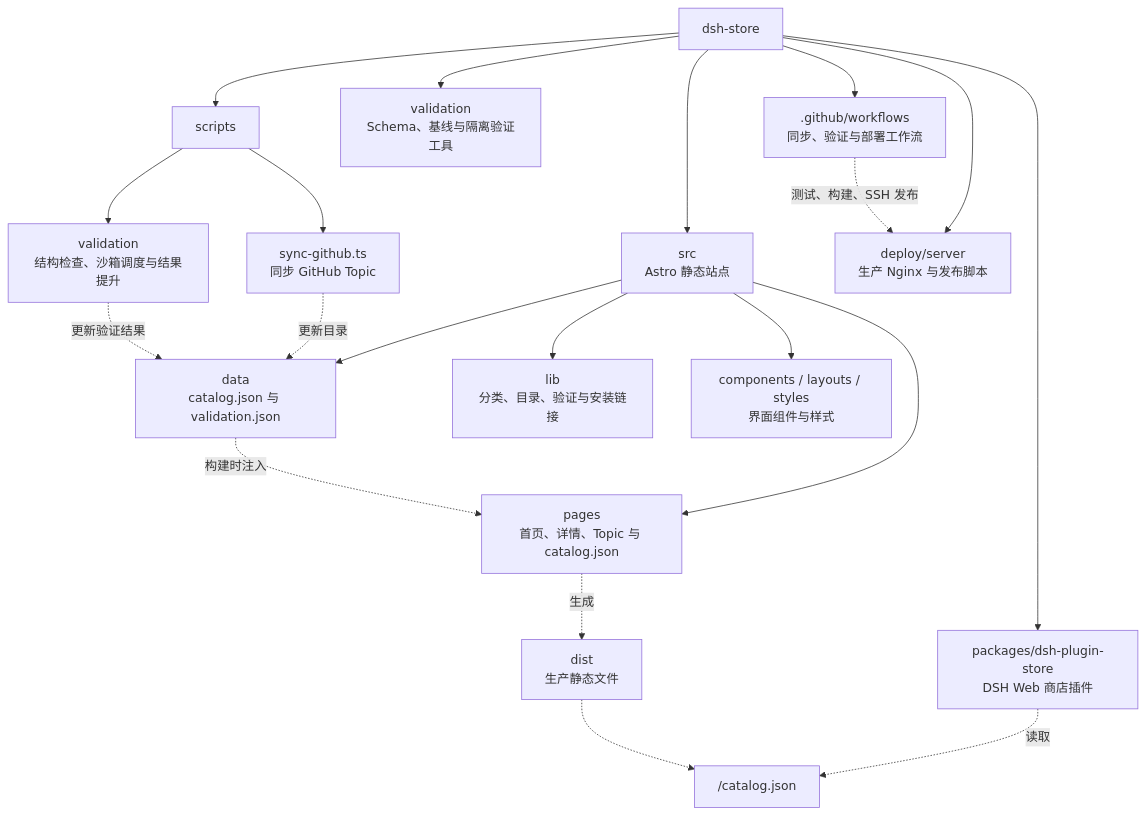
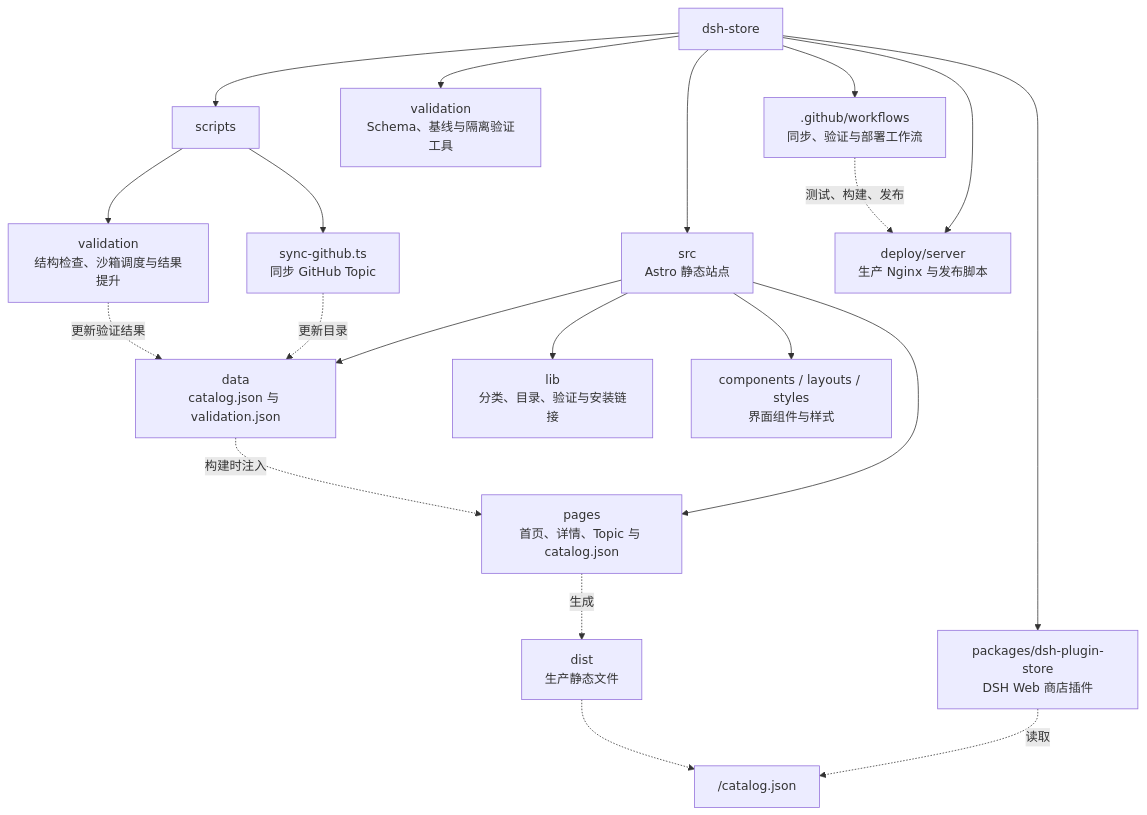
Before and after one commit to ZASENJC/dsh-plugins-store: the diagram in README.md, drawn with Mermaid.

Commit message:
docs: refine project structure diagram

````diff
--- a/README.md
+++ b/README.md
@@ -129,27 +129,27 @@
 ```mermaid
 flowchart TD
   ROOT["dsh-store"]
 
   ROOT --> SRC["src<br/>Astro 静态站点"]
   SRC --> PAGES["pages<br/>首页、详情、Topic 与 catalog.json"]
   SRC --> DATA["data<br/>catalog.json 与 validation.json"]
   SRC --> LIB["lib<br/>分类、目录、验证与安装链接"]
   SRC --> UI["components / layouts / styles<br/>界面组件与样式"]
 
   ROOT --> SCRIPTS["scripts"]
   SCRIPTS --> SYNC["sync-github.ts<br/>同步 GitHub Topic"]
   SCRIPTS --> VALIDATORS["validation<br/>结构检查、沙箱调度与结果提升"]
 
   ROOT --> SANDBOX["validation<br/>Schema、基线与隔离验证工具"]
   ROOT --> PLUGIN["packages/dsh-plugin-store<br/>DSH Web 商店插件"]
   ROOT --> DEPLOY["deploy/server<br/>生产 Nginx 与发布脚本"]
   ROOT --> ACTIONS[".github/workflows<br/>同步、验证与部署工作流"]
 
   SYNC -.->|更新目录| DATA
   VALIDATORS -.->|更新验证结果| DATA
   DATA -.->|构建时注入| PAGES
   PAGES -.->|生成| DIST["dist<br/>生产静态文件"]
   PLUGIN -.->|读取| API["/catalog.json"]
   DIST -.-> API
-  ACTIONS -.->|测试、构建、SSH 发布| DEPLOY
+  ACTIONS -.->|测试、构建、发布| DEPLOY
 ```
````
